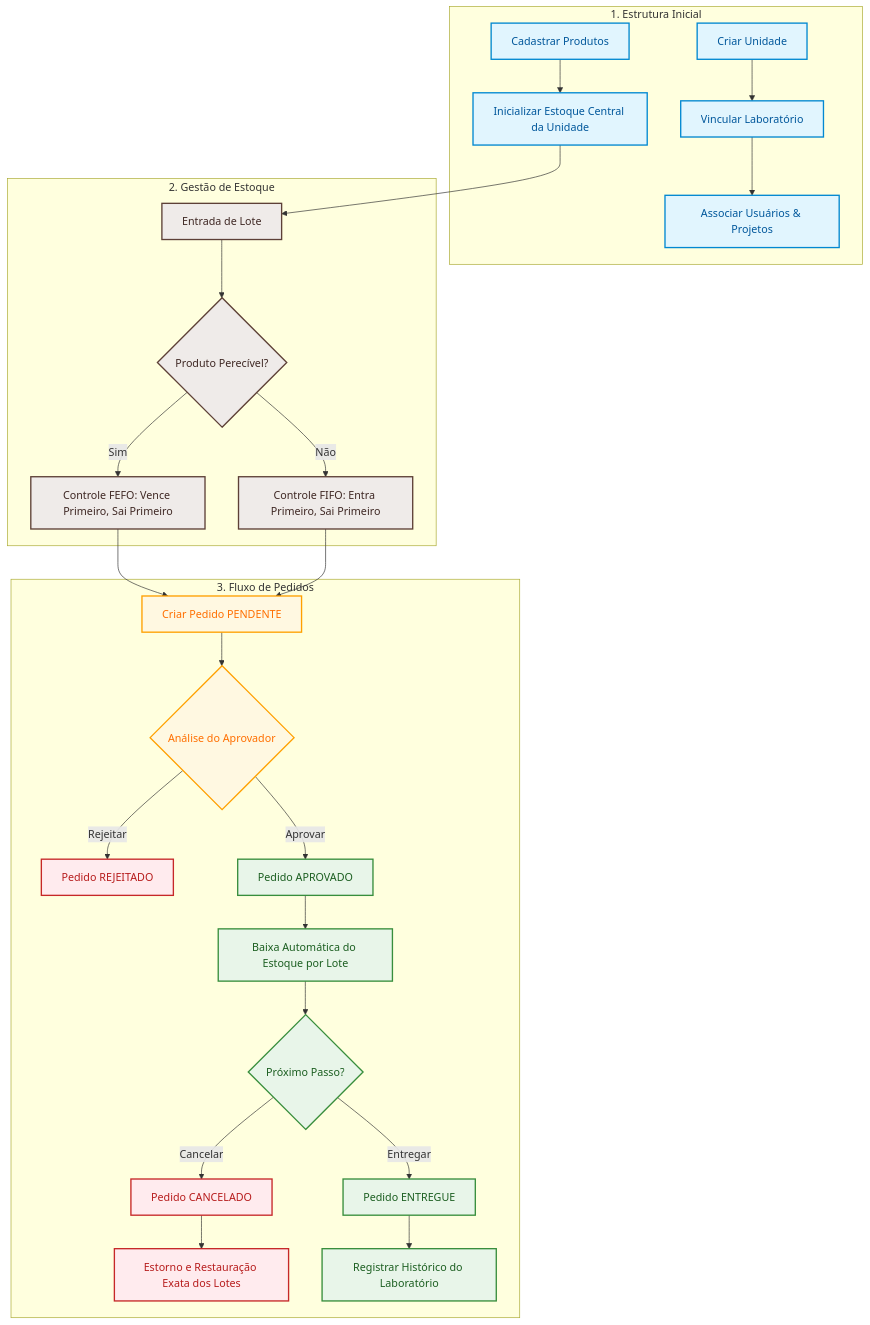
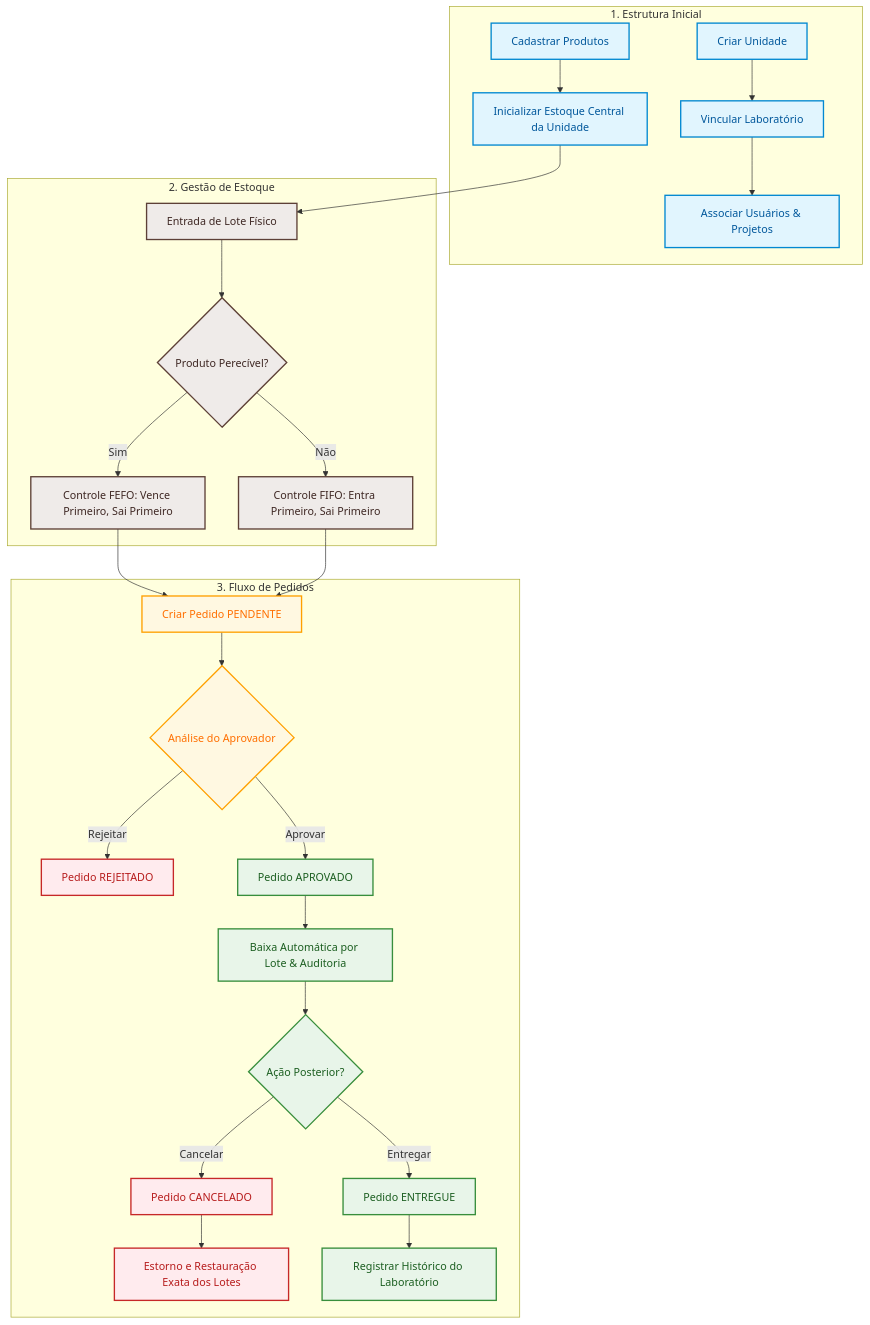
One commit to gbsalermo/Sistema-SGL changed the diagram in README.md. Above: the diagram before and after it, drawn with Mermaid. The commit also changed other lines of this file and 1 other file, not shown here.

````diff
--- a/README.md
+++ b/README.md
@@ -132,39 +219,39 @@
 ```mermaid
 flowchart TD
     %% Styling
     classDef setup fill:#e1f5fe,stroke:#0288d1,stroke-width:2px,color:#01579b;
     classDef stock fill:#efebe9,stroke:#5d4037,stroke-width:2px,color:#3e2723;
     classDef order fill:#fff8e1,stroke:#ffa000,stroke-width:2px,color:#ff6f00;
     classDef approved fill:#e8f5e9,stroke:#388e3c,stroke-width:2px,color:#1b5e20;
     classDef rejected fill:#ffebee,stroke:#c62828,stroke-width:2px,color:#b71c1c;
 
     subgraph 1. Estrutura Inicial [1. Estrutura Inicial]
         A[Criar Unidade]:::setup --> B[Vincular Laboratório]:::setup
         B --> C[Associar Usuários & Projetos]:::setup
         D[Cadastrar Produtos]:::setup --> E[Inicializar Estoque Central da Unidade]:::setup
     end
 
     subgraph 2. Gestão de Estoque [2. Gestão de Estoque]
-        E --> F[Entrada de Lote]:::stock
+        E --> F[Entrada de Lote Físico]:::stock
         F --> G{Produto Perecível?}:::stock
         G -- Sim --> H[Controle FEFO: Vence Primeiro, Sai Primeiro]:::stock
         G -- Não --> I[Controle FIFO: Entra Primeiro, Sai Primeiro]:::stock
     end
 
     subgraph 3. Fluxo de Pedidos [3. Fluxo de Pedidos]
         H & I --> J[Criar Pedido PENDENTE]:::order
         J --> K{Análise do Aprovador}:::order
         
         K -- Rejeitar --> L[Pedido REJEITADO]:::rejected
         
         K -- Aprovar --> M[Pedido APROVADO]:::approved
-        M --> N[Baixa Automática do Estoque por Lote]:::approved
+        M --> N[Baixa Automática por Lote & Auditoria]:::approved
         
-        N --> O{Próximo Passo?}:::approved
+        N --> O{Ação Posterior?}:::approved
         O -- Cancelar --> P[Pedido CANCELADO]:::rejected
         P --> Q[Estorno e Restauração Exata dos Lotes]:::rejected
         
         O -- Entregar --> R[Pedido ENTREGUE]:::approved
         R --> S[Registrar Histórico do Laboratório]:::approved
     end
 ```
````
